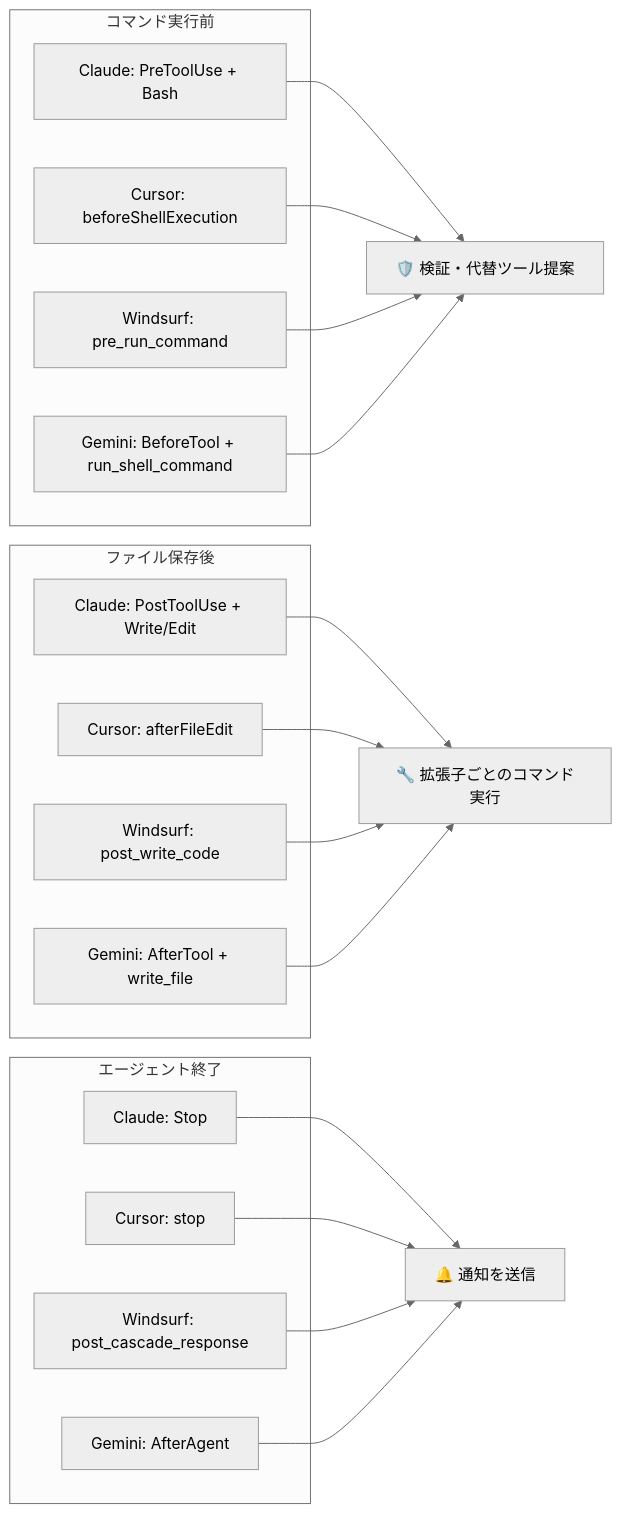
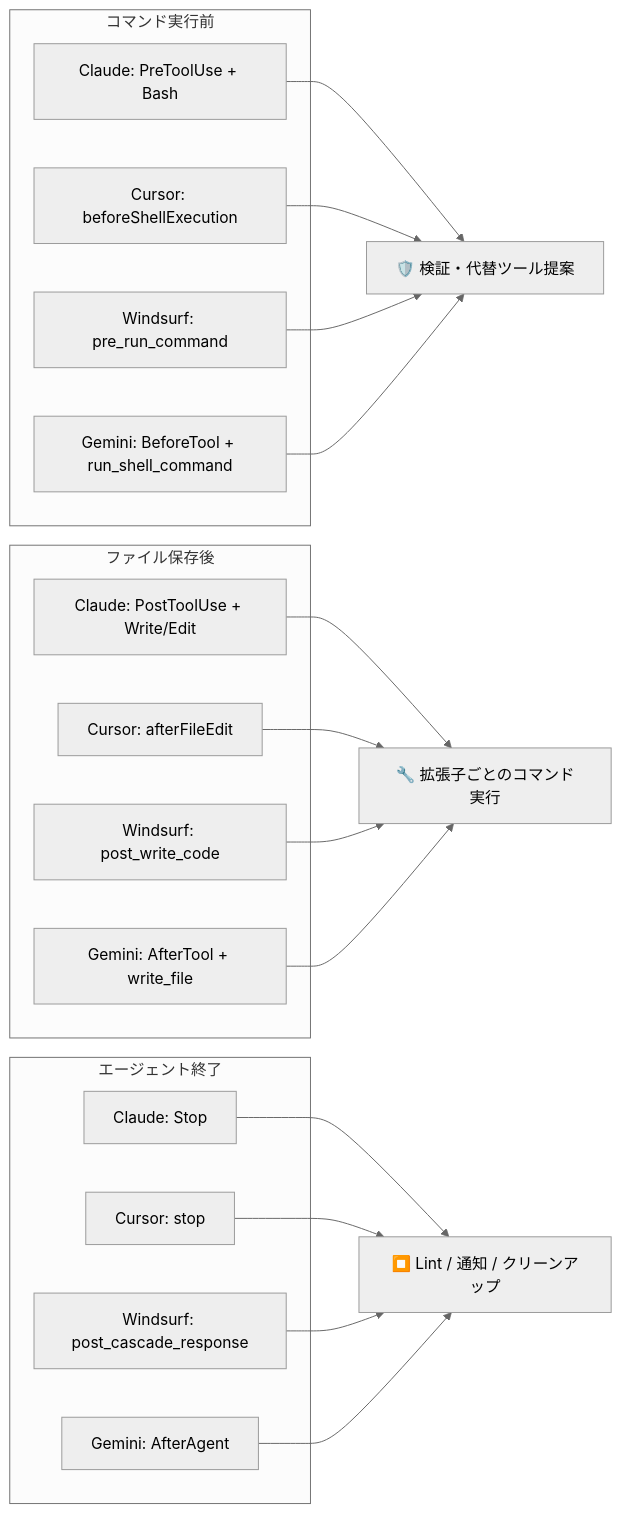
Before and after one commit to owayo/claw-hooks: the diagram in README.ja.md, drawn with Mermaid (neutral theme). The commit also changed other lines of this file and 2 other files, not shown here.

````diff
--- a/README.ja.md
+++ b/README.ja.md
@@ -641,38 +641,38 @@
 ```mermaid
 graph LR
     subgraph コマンド実行前
         CC1[Claude: PreToolUse + Bash]
         CU1[Cursor: beforeShellExecution]
         WS1[Windsurf: pre_run_command]
         GE1[Gemini: BeforeTool + run_shell_command]
     end
     CH1[🛡️ 検証・代替ツール提案]
     CC1 --> CH1
     CU1 --> CH1
     WS1 --> CH1
     GE1 --> CH1
 
     subgraph ファイル保存後
         CC2[Claude: PostToolUse + Write/Edit]
         CU2[Cursor: afterFileEdit]
         WS2[Windsurf: post_write_code]
         GE2[Gemini: AfterTool + write_file]
     end
     CH2[🔧 拡張子ごとのコマンド実行]
     CC2 --> CH2
     CU2 --> CH2
     WS2 --> CH2
     GE2 --> CH2
 
     subgraph エージェント終了
         CC3[Claude: Stop]
         CU3[Cursor: stop]
         WS3[Windsurf: post_cascade_response]
         GE3[Gemini: AfterAgent]
     end
-    CH3[🔔 通知を送信]
+    CH3[⏹️ Lint / 通知 / クリーンアップ]
     CC3 --> CH3
     CU3 --> CH3
     WS3 --> CH3
     GE3 --> CH3
 ```
````
